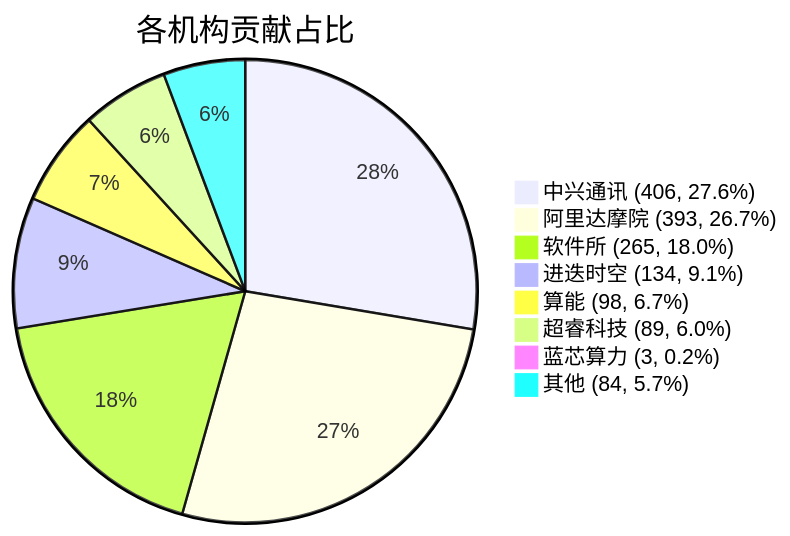
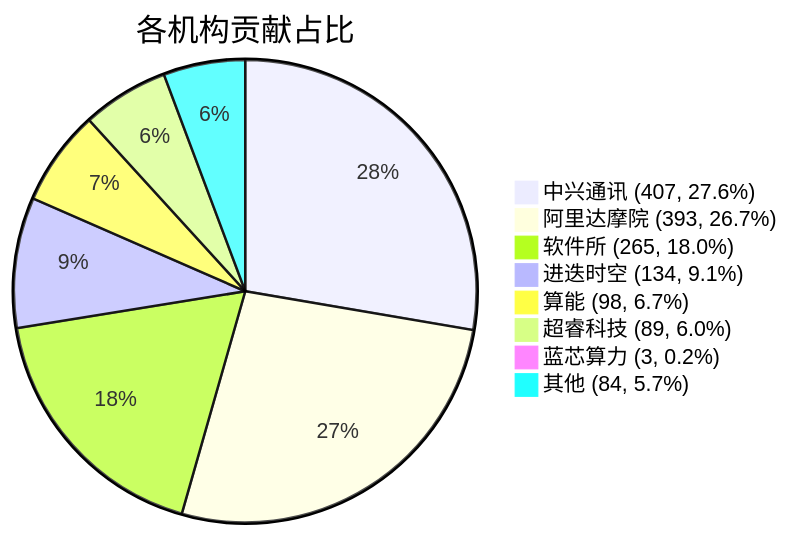
Before and after one commit to RVCK-Project/rvck: the diagram in docs/index.md, drawn with Mermaid. The commit also changed other lines of this file and 23 other files, not shown here.

````diff
--- a/docs/index.md
+++ b/docs/index.md
@@ -40,11 +40,11 @@
 ```mermaid
 pie title 各机构贡献占比
-    "中兴通讯 (406, 27.6%)" : 406
+    "中兴通讯 (407, 27.6%)" : 407
     "阿里达摩院 (393, 26.7%)" : 393
     "软件所 (265, 18.0%)" : 265
     "进迭时空 (134, 9.1%)" : 134
     "算能 (98, 6.7%)" : 98
     "超睿科技 (89, 6.0%)" : 89
     "蓝芯算力 (3, 0.2%)" : 3
     "其他 (84, 5.7%)" : 84
 ```
````
